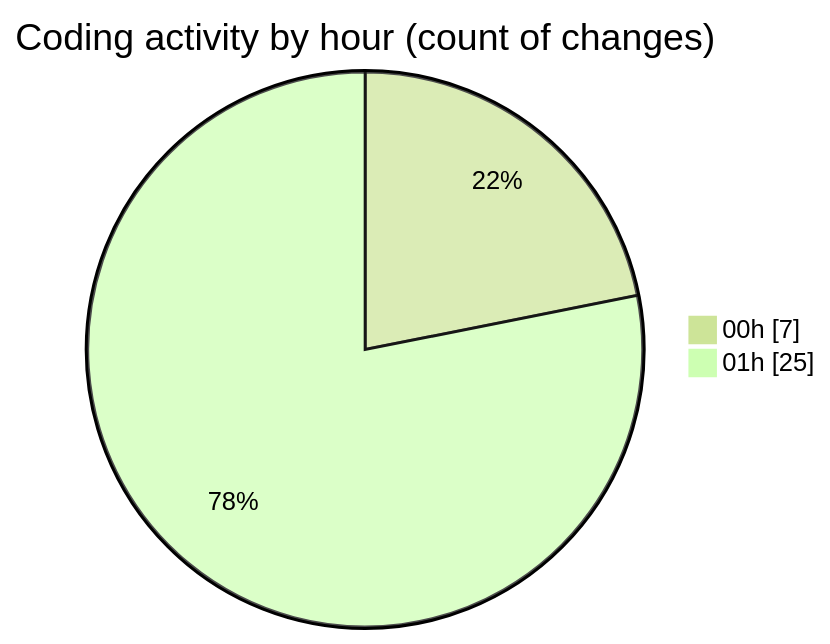
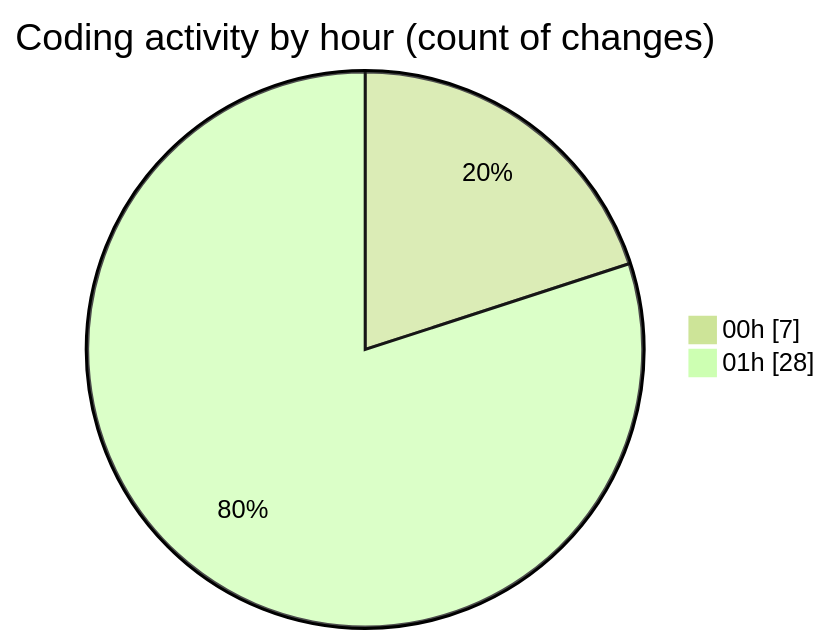
Before and after one commit to charlie-sans/code-tracking: the second of 2 diagrams in 2025-02-23/micros/README.md, drawn with Mermaid (forest theme). The commit also changed other lines of this file and 1 other file, not shown here.

````diff
--- a/2025-02-23/micros/README.md
+++ b/2025-02-23/micros/README.md
@@ -35,6 +35,6 @@
 ```mermaid
 pie showData
 title Coding activity by hour (count of changes)
 "00h" : 7
-"01h" : 25
+"01h" : 28
 ```
````
